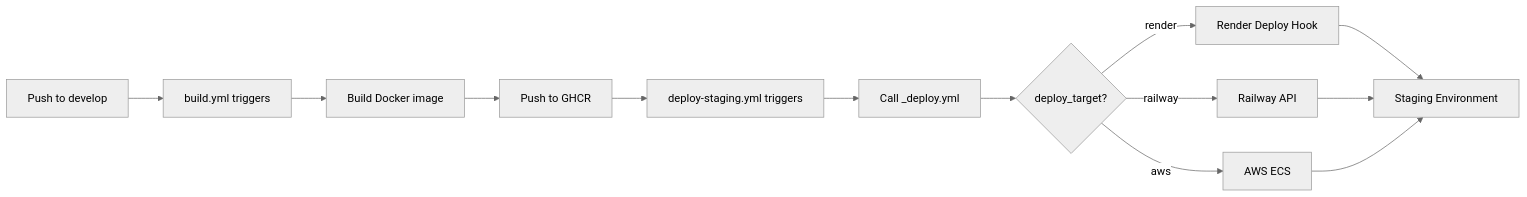
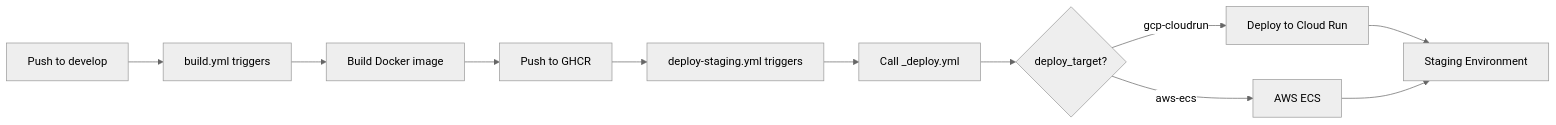
The diagram in .cursor/tasks/backend-deployment-infrastructure/004-staging-deploy-workflow/004-staging-deploy-workflow_plan.mdc (yairabf/KithchenHub), drawn with Mermaid (neutral theme) before and after one commit. The commit also changed other lines of this file and 4 other files, not shown here.

First line of the commit message:
chore(tasks): remove Render task docs, update 004/005 for Cloud Run

````diff
--- a/.cursor/tasks/backend-deployment-infrastructure/004-staging-deploy-workflow/004-staging-deploy-workflow_plan.mdc
+++ b/.cursor/tasks/backend-deployment-infrastructure/004-staging-deploy-workflow/004-staging-deploy-workflow_plan.mdc
@@ -56,15 +56,13 @@
 ```mermaid
 graph LR
     A[Push to develop] --> B[build.yml triggers]
     B --> C[Build Docker image]
     C --> D[Push to GHCR]
     D --> E[deploy-staging.yml triggers]
     E --> F[Call _deploy.yml]
     F --> G{deploy_target?}
-    G -->|render| H[Render Deploy Hook]
-    G -->|railway| I[Railway API]
-    G -->|aws| J[AWS ECS]
-    H --> K[Staging Environment]
-    I --> K
-    J --> K
+    G -->|gcp-cloudrun| H[Deploy to Cloud Run]
+    G -->|aws-ecs| I[AWS ECS]
+    H --> J[Staging Environment]
+    I --> J
 ```
````
